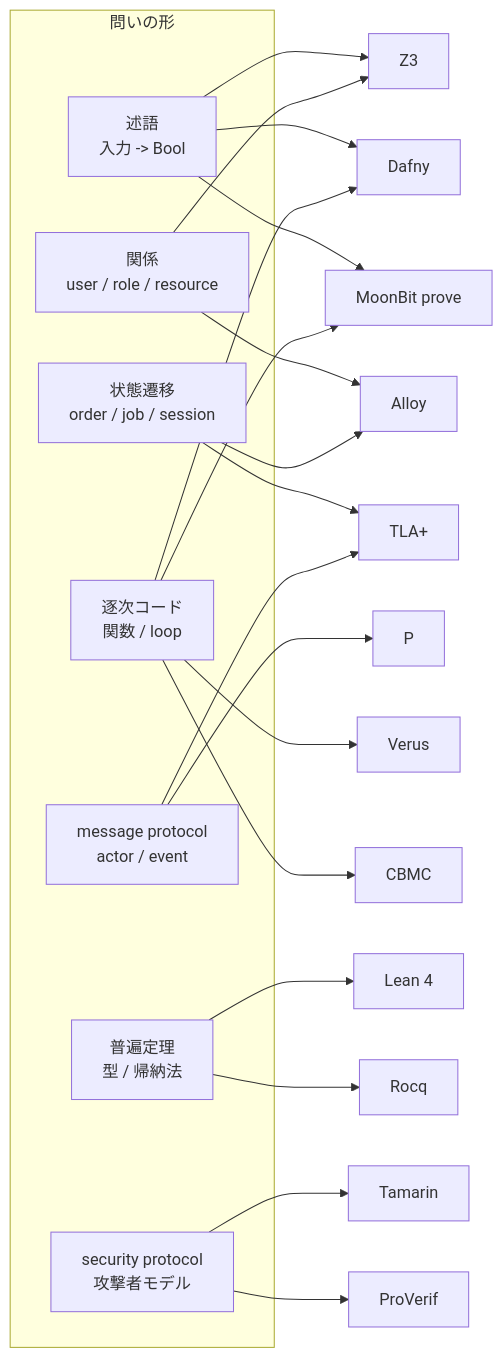
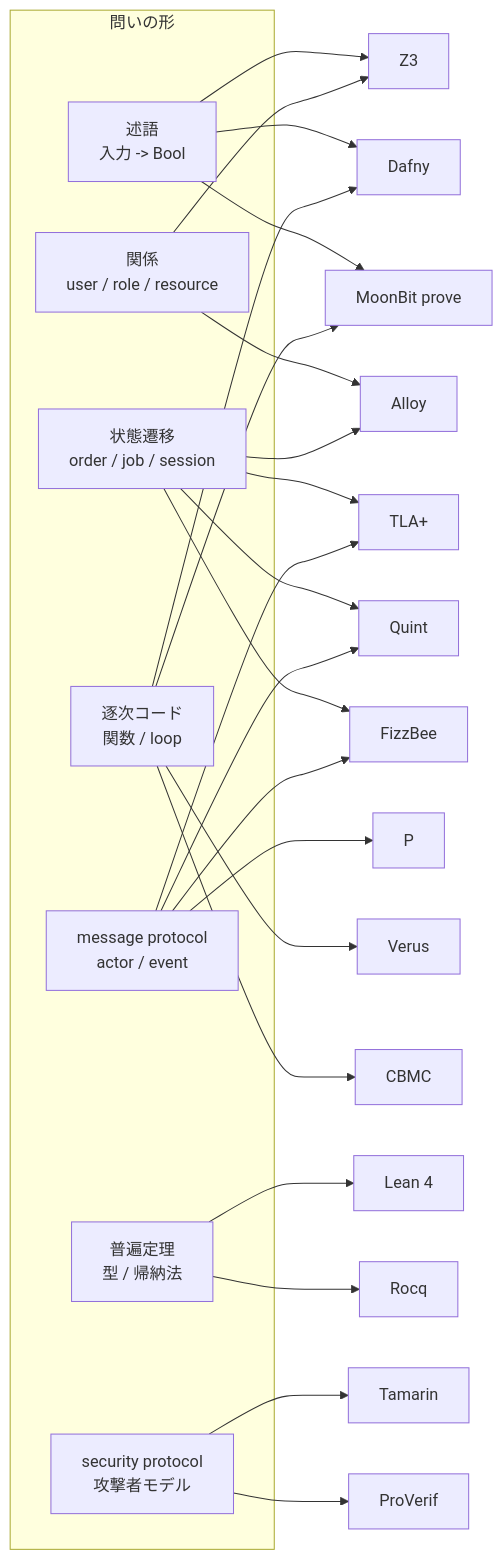
Before and after one commit to mizchi/formal-methods-playground: the second of 3 diagrams in book/tool-fit-map.md, drawn with Mermaid. The commit also changed other lines of this file and 48 other files, not shown here.

First line of the commit message:
Add Quint and FizzBee examples, Rocq stack compiler proof

````diff
--- a/book/tool-fit-map.md
+++ b/book/tool-fit-map.md
@@ -52,36 +56,40 @@
 ```mermaid
 flowchart LR
   subgraph InputShape[問いの形]
     PRED["述語<br/>入力 -> Bool"]
     REL["関係<br/>user / role / resource"]
     STATE["状態遷移<br/>order / job / session"]
     MSG["message protocol<br/>actor / event"]
     CODE["逐次コード<br/>関数 / loop"]
     THEOREM["普遍定理<br/>型 / 帰納法"]
     SECURITY["security protocol<br/>攻撃者モデル"]
   end
 
   PRED --> Z3[Z3]
   PRED --> DAFNY[Dafny]
   PRED --> MOON[MoonBit prove]
 
   REL --> ALLOY[Alloy]
   REL --> Z3
 
   STATE --> TLA[TLA+]
+  STATE --> QUINT[Quint]
+  STATE --> FIZZ[FizzBee]
   STATE --> ALLOY
 
   MSG --> P[P]
   MSG --> TLA
+  MSG --> QUINT
+  MSG --> FIZZ
 
   CODE --> DAFNY
   CODE --> MOON
   CODE --> VERUS[Verus]
   CODE --> CBMC[CBMC]
 
   THEOREM --> LEAN[Lean 4]
   THEOREM --> ROCQ[Rocq]
 
   SECURITY --> TAMARIN[Tamarin]
   SECURITY --> PROVERIF[ProVerif]
 ```
````
